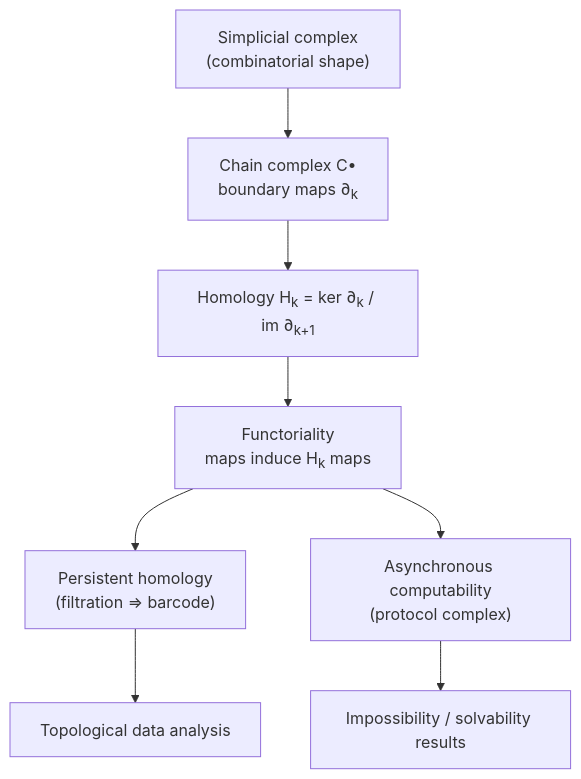
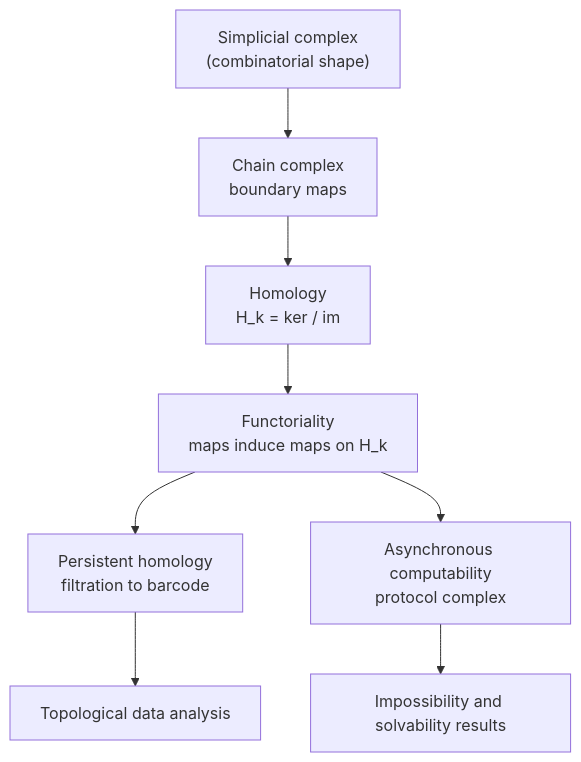
One commit to AndrewAltimit/Documentation changed the first of 2 diagrams in github-pages/docs/advanced/topology-and-geometry-in-computation.md. Above: the diagram before and after it, drawn with Mermaid. The commit also changed other lines of this file and 240 other files, not shown here.

````diff
--- a/github-pages/docs/advanced/topology-and-geometry-in-computation.md
+++ b/github-pages/docs/advanced/topology-and-geometry-in-computation.md
@@ -30,10 +30,10 @@
 ```mermaid
 flowchart TD
-    SC["Simplicial complex<br/>(combinatorial shape)"] --> CC["Chain complex C&bull;<br/>boundary maps &part;<sub>k</sub>"]
-    CC --> HOM["Homology H<sub>k</sub> = ker &part;<sub>k</sub> / im &part;<sub>k+1</sub>"]
-    HOM --> FUN["Functoriality<br/>maps induce H<sub>k</sub> maps"]
-    FUN --> PH["Persistent homology<br/>(filtration &rArr; barcode)"]
-    FUN --> ASC["Asynchronous computability<br/>(protocol complex)"]
+    SC["Simplicial complex<br/>(combinatorial shape)"] --> CC["Chain complex<br/>boundary maps"]
+    CC --> HOM["Homology<br/>H_k = ker / im"]
+    HOM --> FUN["Functoriality<br/>maps induce maps on H_k"]
+    FUN --> PH["Persistent homology<br/>filtration to barcode"]
+    FUN --> ASC["Asynchronous computability<br/>protocol complex"]
     PH --> TDA["Topological data analysis"]
-    ASC --> IMP["Impossibility / solvability results"]
+    ASC --> IMP["Impossibility and solvability results"]
 ```
````
